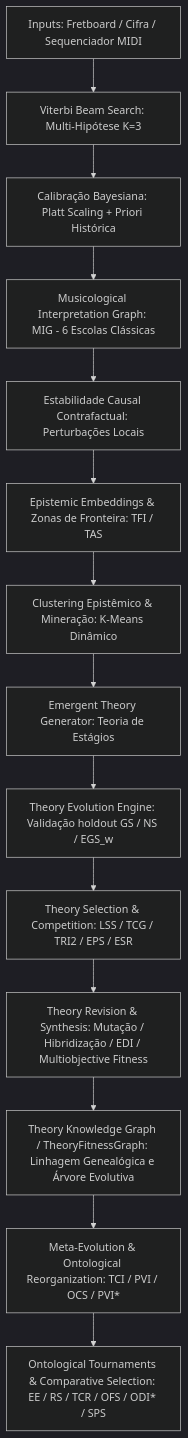
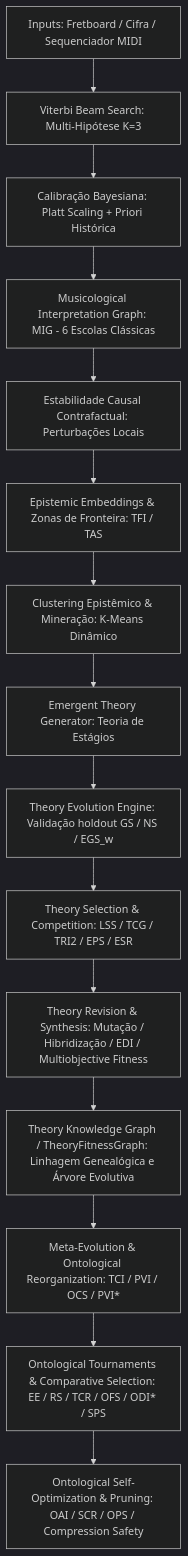
Before and after one commit to gustavoesteves/FindChord: the diagram in README.md, drawn with Mermaid (dark theme). The commit also changed other lines of this file and 4 other files, not shown here.

Commit message:
feat(f11-o): implement ontological self-optimization

````diff
--- a/README.md
+++ b/README.md
@@ -13,16 +13,17 @@
 ```mermaid
 graph TD
     A[Inputs: Fretboard / Cifra / Sequenciador MIDI] --> B[Viterbi Beam Search: Multi-Hipótese K=3]
     B --> C[Calibração Bayesiana: Platt Scaling + Priori Histórica]
     C --> D[Musicological Interpretation Graph: MIG - 6 Escolas Clássicas]
     D --> E[Estabilidade Causal Contrafactual: Perturbações Locais]
     E --> F[Epistemic Embeddings & Zonas de Fronteira: TFI / TAS]
     F --> G[Clustering Epistêmico & Mineração: K-Means Dinâmico]
     G --> H[Emergent Theory Generator: Teoria de Estágios]
     H --> I[Theory Evolution Engine: Validação holdout GS / NS / EGS_w]
     I --> J[Theory Selection & Competition: LSS / TCG / TRI2 / EPS / ESR]
     J --> K[Theory Revision & Synthesis: Mutação / Hibridização / EDI / Multiobjective Fitness]
     K --> L[Theory Knowledge Graph / TheoryFitnessGraph: Linhagem Genealógica e Árvore Evolutiva]
     L --> M[Meta-Evolution & Ontological Reorganization: TCI / PVI / OCS / PVI*]
     M --> N[Ontological Tournaments & Comparative Selection: EE / RS / TCR / OFS / ODI* / SPS]
+    N --> O[Ontological Self-Optimization & Pruning: OAI / SCR / OPS / Compression Safety]
 ```
````
